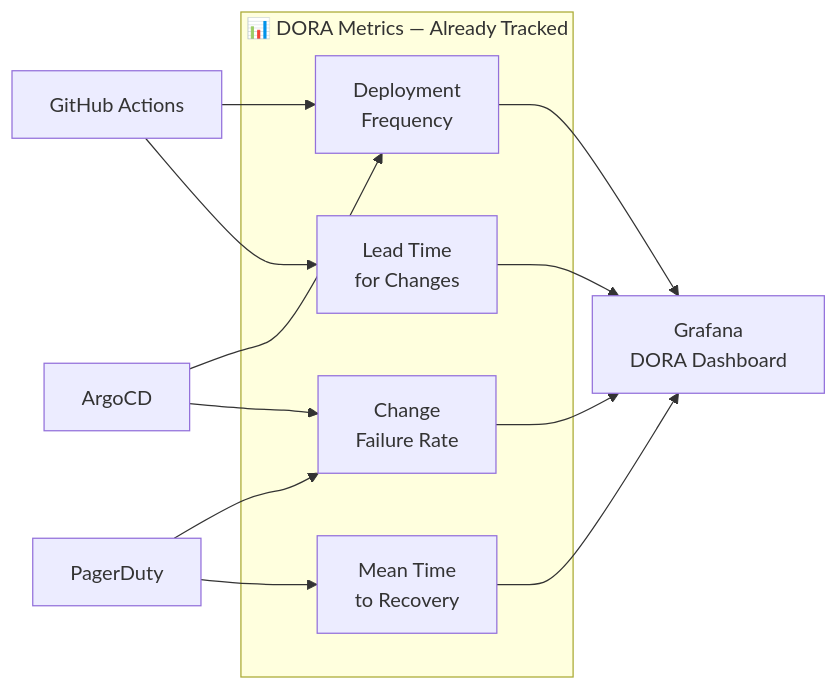
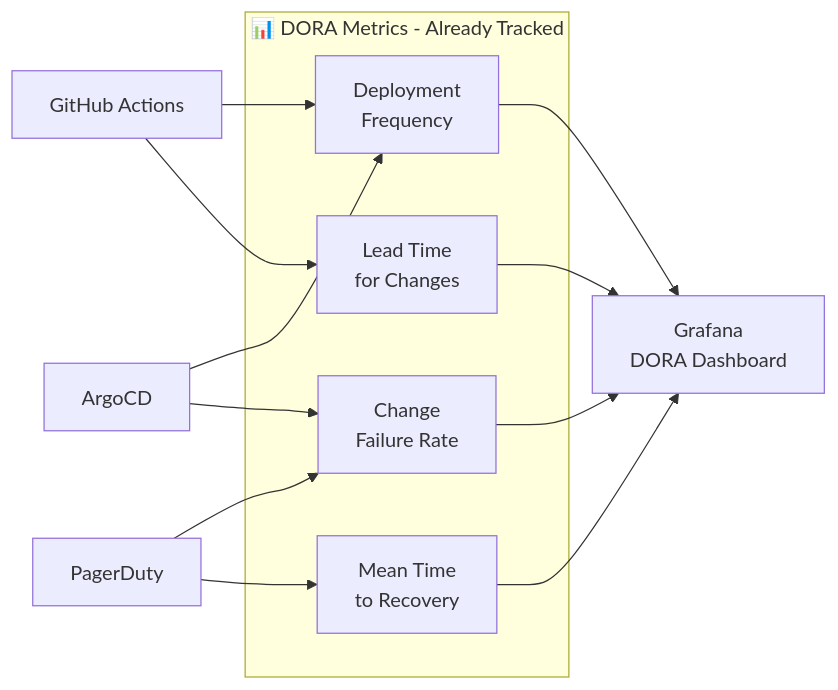
One commit to rishikeshdhokare/platform-manifesto changed the first of 4 diagrams in 08-program/04-engineering-metrics.md. Above: the diagram before and after it, drawn with Mermaid. The commit also changed other lines of this file and 16 other files, not shown here.

````diff
--- a/08-program/04-engineering-metrics.md
+++ b/08-program/04-engineering-metrics.md
@@ -36,21 +36,21 @@
 ```mermaid
 graph LR
-    subgraph DORA["📊 DORA Metrics — Already Tracked"]
+    subgraph DORA["📊 DORA Metrics - Already Tracked"]
         DF["Deployment<br/>Frequency"]
         LT["Lead Time<br/>for Changes"]
         CFR["Change<br/>Failure Rate"]
         MTTR["Mean Time<br/>to Recovery"]
     end
 
     GHA["GitHub Actions"] --> DF
     GHA --> LT
     PD["PagerDuty"] --> CFR
     PD --> MTTR
     Argo["ArgoCD"] --> DF
     Argo --> CFR
 
     DF --> Grafana["Grafana<br/>DORA Dashboard"]
     LT --> Grafana
     CFR --> Grafana
     MTTR --> Grafana
 ```
````
